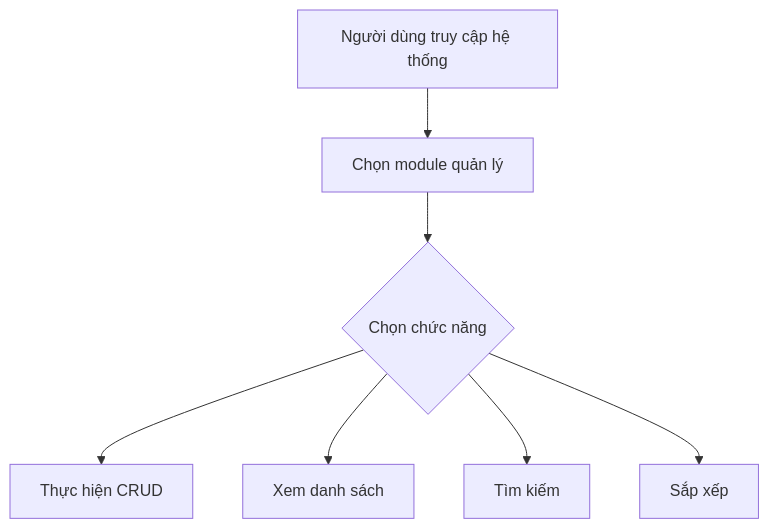
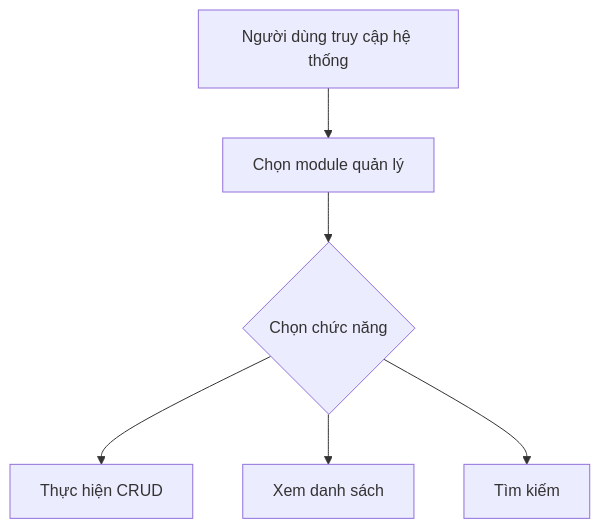
The diagram in README.md (ducanhgit2004/webnc-giuakyy), drawn with Mermaid before and after one commit.

````diff
--- a/README.md
+++ b/README.md
@@ -37,9 +37,8 @@
 ```mermaid
 graph TD;
     A[Người dùng truy cập hệ thống] --> B[Chọn module quản lý];
     B --> C{Chọn chức năng};
     C --> D[Thực hiện CRUD];
     C --> E[Xem danh sách];
     C --> F[Tìm kiếm];
-    C --> G[Sắp xếp];
 ```
````
